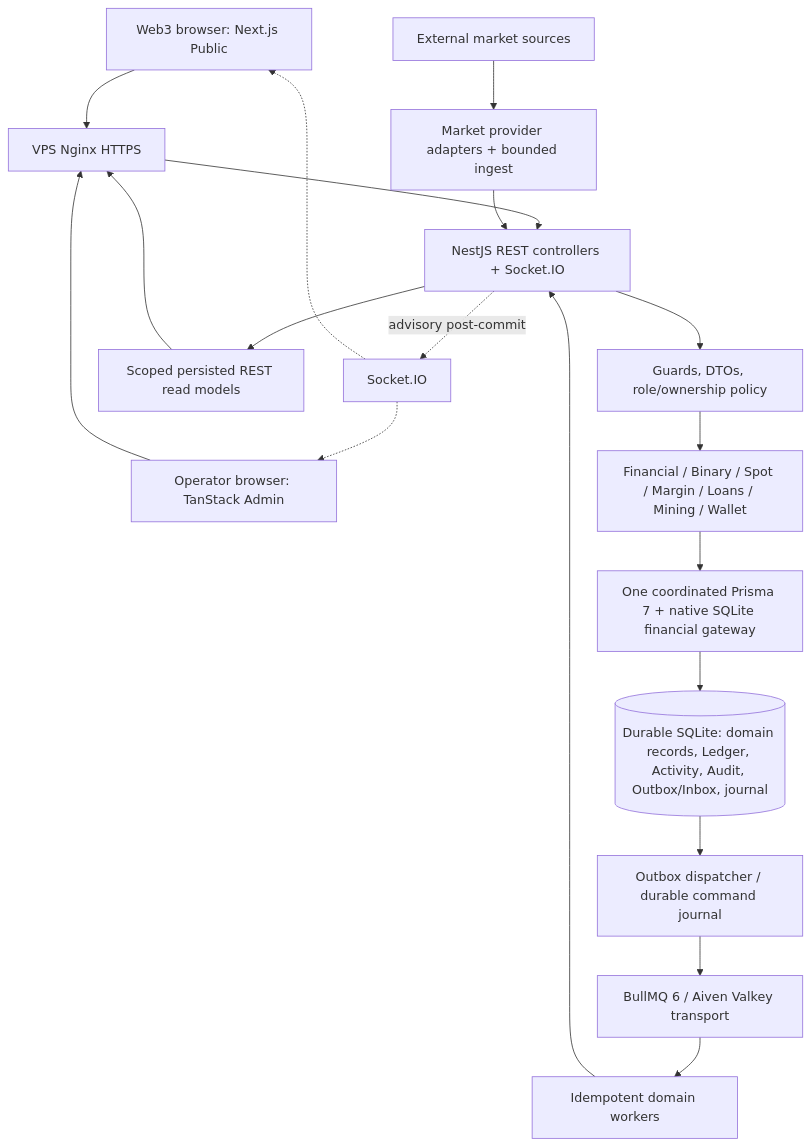
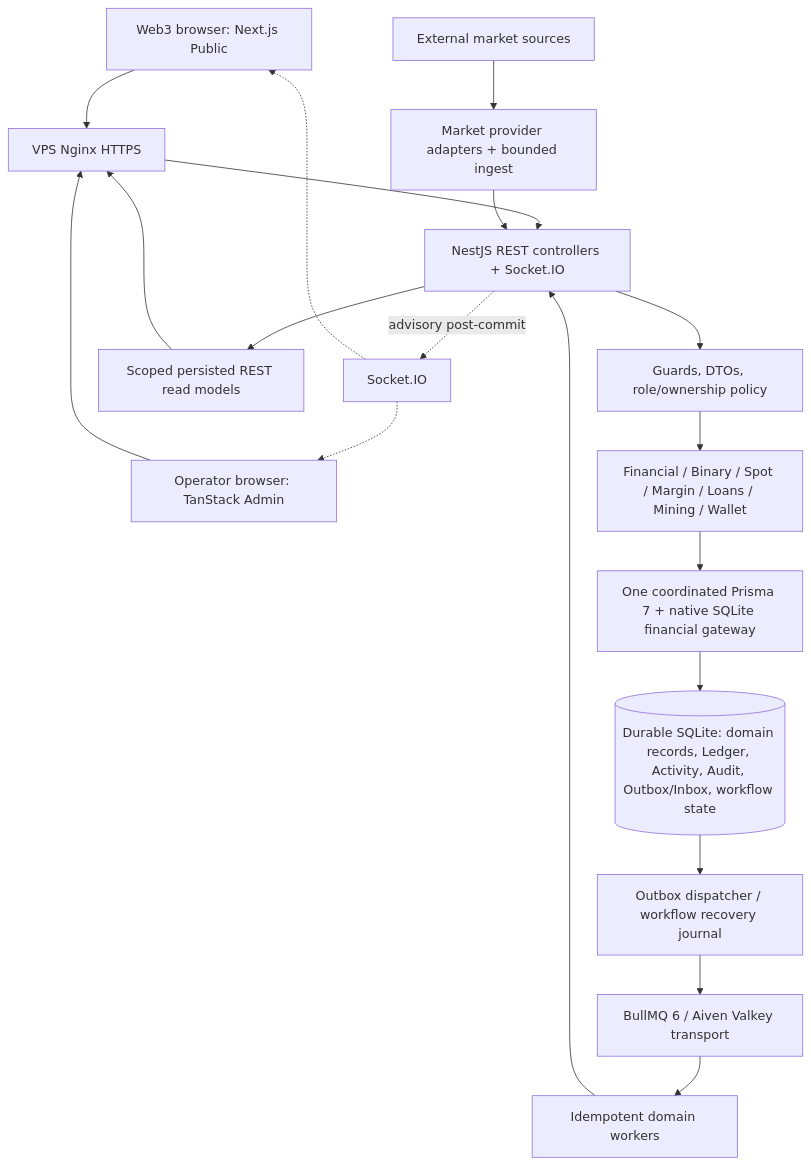
The third of 11 diagrams in docs/architecture/NEXI_SYSTEM_ARCHITECTURE.md (Mellonelay/Nexi), drawn with Mermaid before and after one commit. The commit also changed other lines of this file and 6 other files, not shown here.

Commit message:
docs(nexi): reconcile product authority and source-backed architecture

````diff
--- a/docs/architecture/NEXI_SYSTEM_ARCHITECTURE.md
+++ b/docs/architecture/NEXI_SYSTEM_ARCHITECTURE.md
@@ -100,21 +122,21 @@
 ```mermaid
 flowchart TB
   Browser["Web3 browser: Next.js Public"] --> Nginx["VPS Nginx HTTPS"]
   Operator["Operator browser: TanStack Admin"] --> Nginx
   Nginx --> API["NestJS REST controllers + Socket.IO"]
   API --> Auth["Guards, DTOs, role/ownership policy"]
   Auth --> Domains["Financial / Binary / Spot / Margin / Loans / Mining / Wallet"]
   Domains --> Gateway["One coordinated Prisma 7 + native SQLite financial gateway"]
-  Gateway --> SQLite[("Durable SQLite: domain records, Ledger, Activity, Audit, Outbox/Inbox, journal")]
-  SQLite --> Dispatch["Outbox dispatcher / durable command journal"]
+  Gateway --> SQLite[("Durable SQLite: domain records, Ledger, Activity, Audit, Outbox/Inbox, workflow state")]
+  SQLite --> Dispatch["Outbox dispatcher / workflow recovery journal"]
   Dispatch --> Queue["BullMQ 6 / Aiven Valkey transport"]
   Queue --> Worker["Idempotent domain workers"]
   Worker --> API
   API --> Readback["Scoped persisted REST read models"]
   Readback --> Nginx
   API -. "advisory post-commit" .-> Socket["Socket.IO"]
   Socket -.-> Browser
   Socket -.-> Operator
   Market["External market sources"] --> Ingest["Market provider adapters + bounded ingest"]
   Ingest --> API
 ```
````
